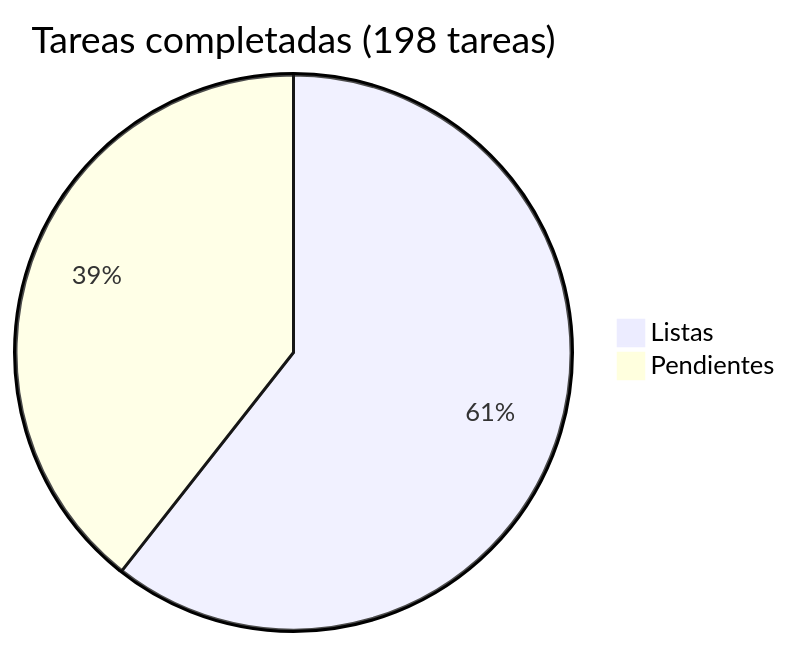
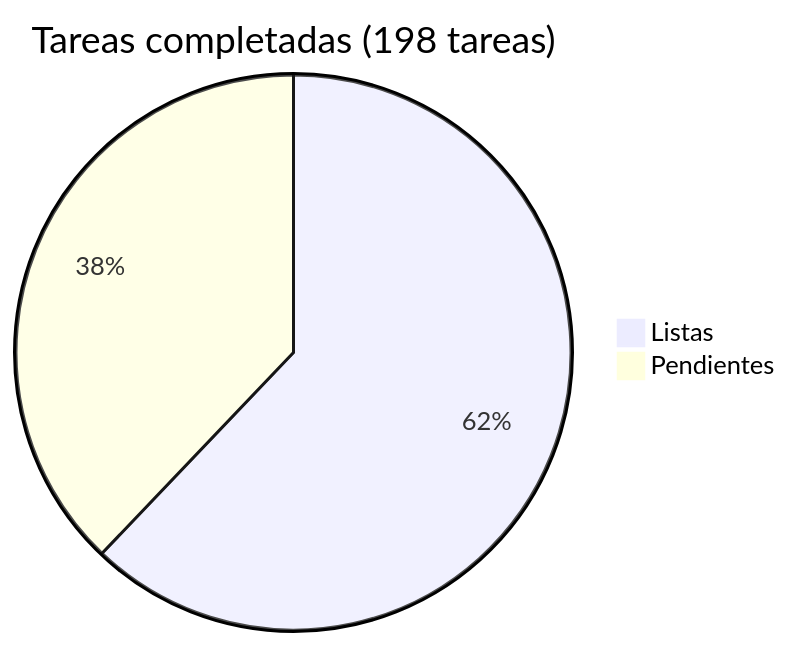
The diagram in docs/roadmap/README.md (araguaney-lat/araguaney), drawn with Mermaid before and after one commit. The commit also changed other lines of this file and 6 other files, not shown here.

````diff
--- a/docs/roadmap/README.md
+++ b/docs/roadmap/README.md
@@ -5,5 +5,5 @@
 ```mermaid
 pie title Tareas completadas (198 tareas)
-    "Listas" : 120
-    "Pendientes" : 78
+    "Listas" : 123
+    "Pendientes" : 75
 ```
````
